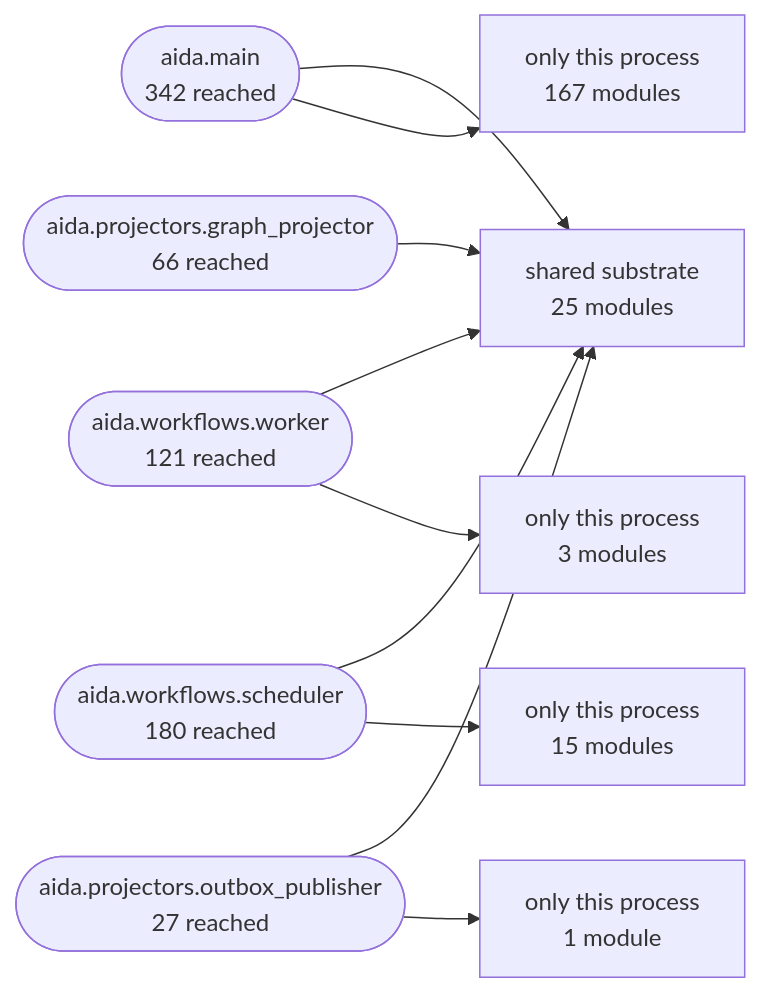
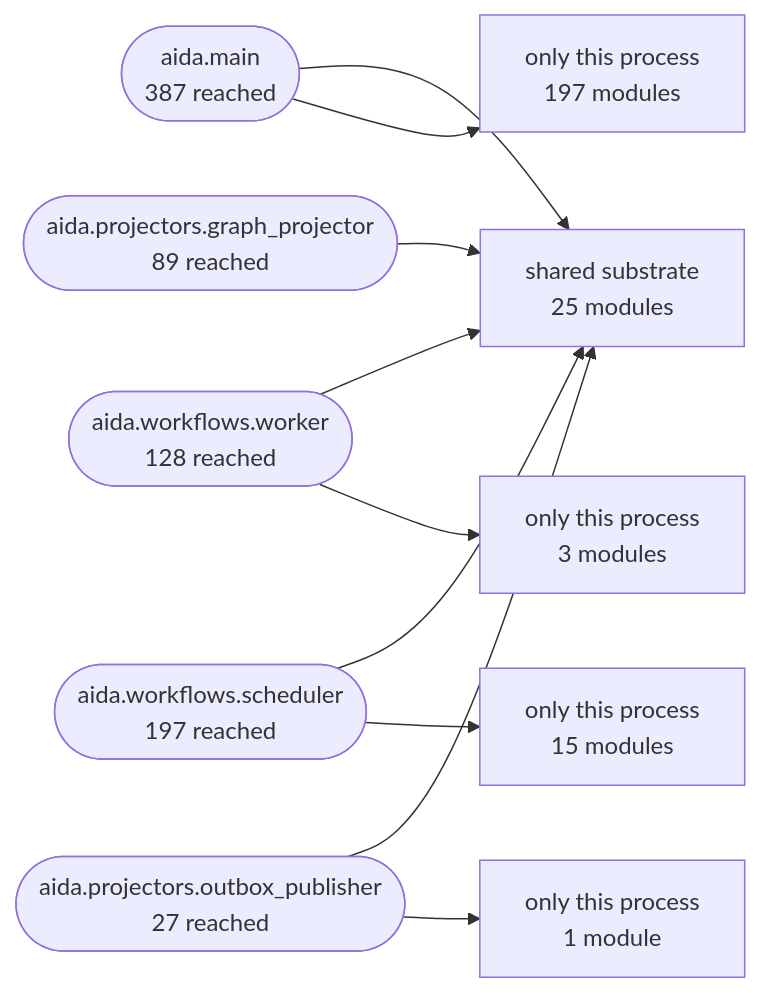
The second of 3 diagrams in Docs/10-architecture/14-generated-architecture-map.md (karuppusamym/AIDataAnalyst), drawn with Mermaid before and after one commit. The commit also changed other lines of this file, not shown here.

First line of the commit message:
Regenerate the architecture map, which had drifted by 46 modules

````diff
--- a/Docs/10-architecture/14-generated-architecture-map.md
+++ b/Docs/10-architecture/14-generated-architecture-map.md
@@ -173,22 +180,22 @@
 ```mermaid
 graph LR
   shared["shared substrate<br/>25 modules"]
-  aida_main(["aida.main<br/>342 reached"])
-  aida_workflows_worker(["aida.workflows.worker<br/>121 reached"])
-  aida_workflows_scheduler(["aida.workflows.scheduler<br/>180 reached"])
-  aida_projectors_graph_projector(["aida.projectors.graph_projector<br/>66 reached"])
+  aida_main(["aida.main<br/>387 reached"])
+  aida_workflows_worker(["aida.workflows.worker<br/>128 reached"])
+  aida_workflows_scheduler(["aida.workflows.scheduler<br/>197 reached"])
+  aida_projectors_graph_projector(["aida.projectors.graph_projector<br/>89 reached"])
   aida_projectors_outbox_publisher(["aida.projectors.outbox_publisher<br/>27 reached"])
   aida_main --> shared
-  only_aida_main["only this process<br/>167 modules"]
+  only_aida_main["only this process<br/>197 modules"]
   aida_main --> only_aida_main
   aida_workflows_worker --> shared
   only_aida_workflows_worker["only this process<br/>3 modules"]
   aida_workflows_worker --> only_aida_workflows_worker
   aida_workflows_scheduler --> shared
   only_aida_workflows_scheduler["only this process<br/>15 modules"]
   aida_workflows_scheduler --> only_aida_workflows_scheduler
   aida_projectors_graph_projector --> shared
   aida_projectors_outbox_publisher --> shared
   only_aida_projectors_outbox_publisher["only this process<br/>1 module"]
   aida_projectors_outbox_publisher --> only_aida_projectors_outbox_publisher
 ```
````
